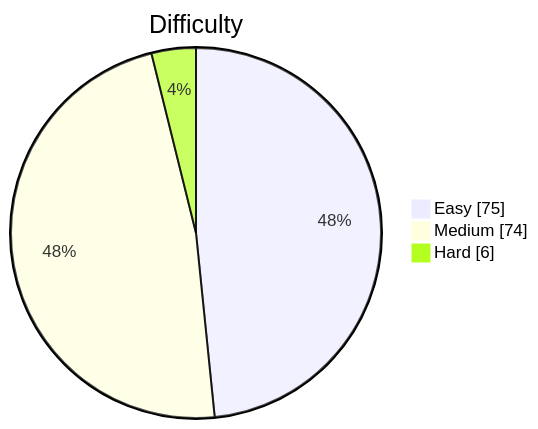
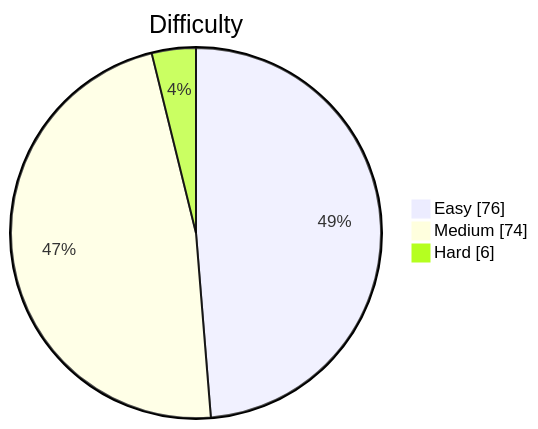
One commit to kevstevie/python-algo-practice changed the diagram in README.md. Above: the diagram before and after it, drawn with Mermaid. The commit also changed other lines of this file, not shown here.

````diff
--- a/README.md
+++ b/README.md
@@ -13,7 +13,7 @@
 ```mermaid
 pie showData
     title Difficulty
-    "Easy"   : 75
+    "Easy"   : 76
     "Medium" : 74
     "Hard"   : 6
 ```
````
